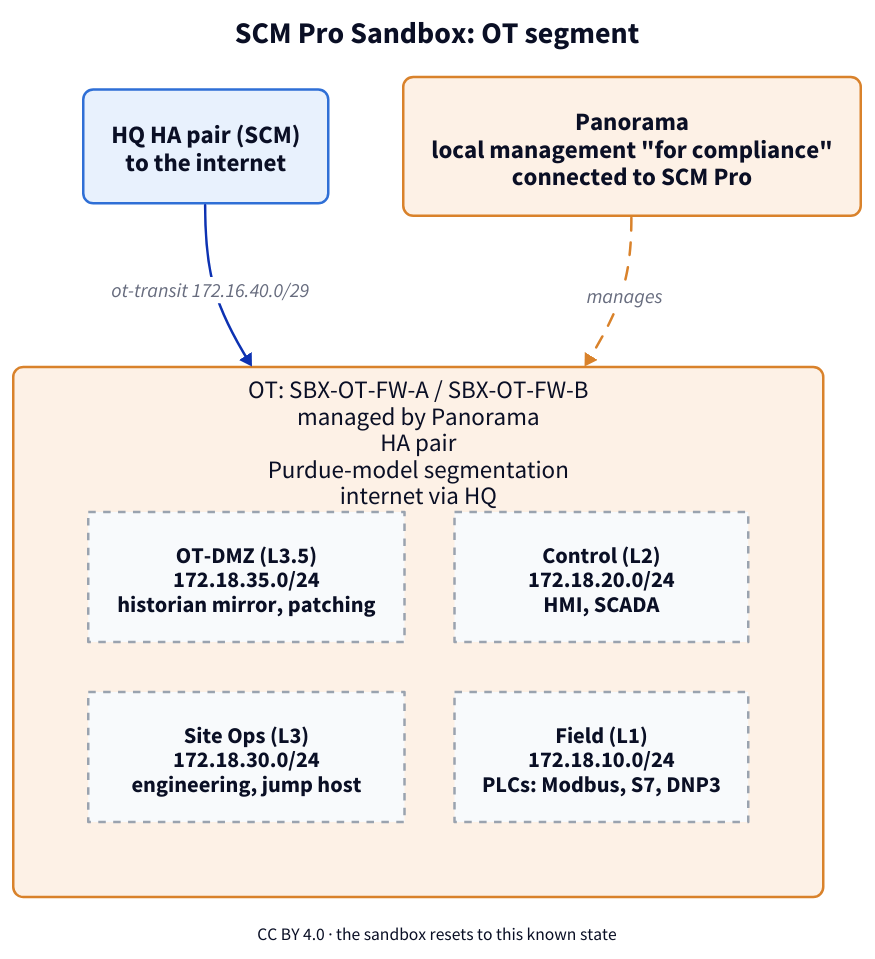
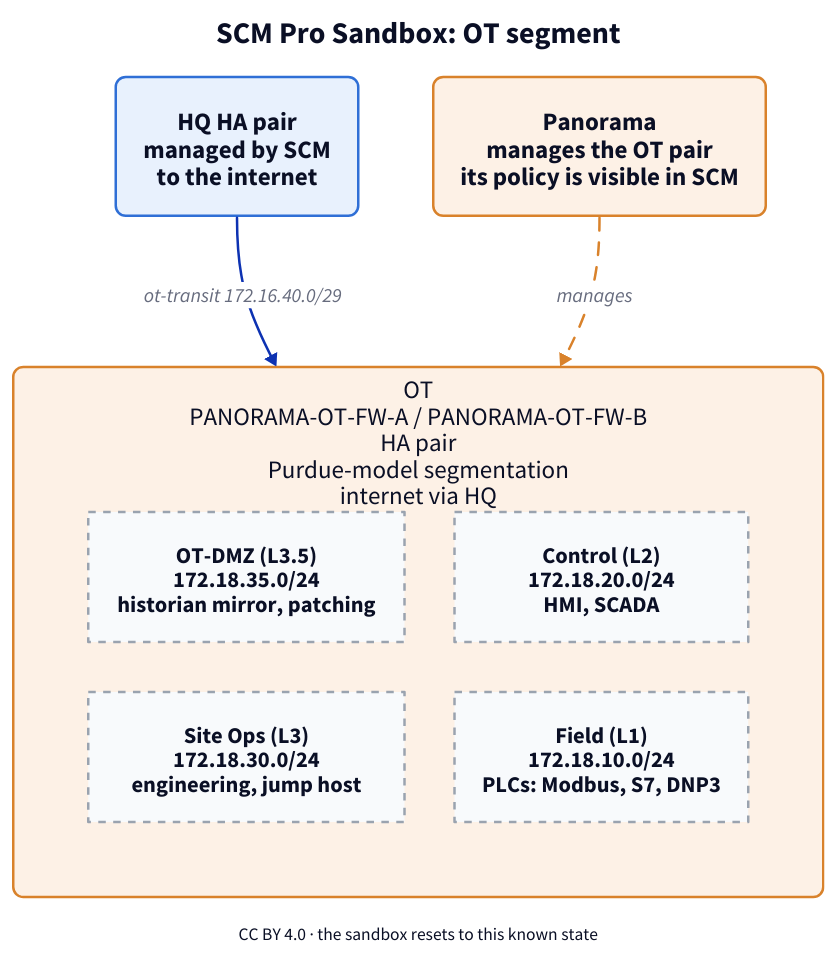
Before and after one commit to gegrsyn/SCMPro-Sandbox: the diagram in drawings/ot.d2, drawn with D2. The commit also changed 9 other files, not shown here.

```diff
--- a/drawings/ot.d2
+++ b/drawings/ot.d2
@@ -1,23 +1,23 @@
 direction: down
 title: "SCM Pro Sandbox: OT segment" {near: top-center; shape: text; style.font-size: 24; style.bold: true}
 
 up: {
-  label: "HQ HA pair (SCM)\nto the internet"
+  label: "HQ HA pair\nmanaged by SCM\nto the internet"
   style: {fill: "#e8f1fd"; stroke: "#2f6fd6"; border-radius: 8; font-size: 20}
 }
 panorama: {
-  label: "Panorama\nlocal management \"for compliance\"\nconnected to SCM Pro"
+  label: "Panorama\nmanages the OT pair\nits policy is visible in SCM"
   style: {fill: "#fdf1e6"; stroke: "#d9822b"; border-radius: 8; font-size: 20}
 }
 ot: {
-  label: "OT: SBX-OT-FW-A / SBX-OT-FW-B\nmanaged by Panorama\nHA pair\nPurdue-model segmentation\ninternet via HQ"
+  label: "OT\nPANORAMA-OT-FW-A / PANORAMA-OT-FW-B\nHA pair\nPurdue-model segmentation\ninternet via HQ"
   style: {fill: "#fdf1e6"; stroke: "#d9822b"; border-radius: 8; font-size: 20}
   grid-columns: 2
   z0: "OT-DMZ (L3.5)\n172.18.35.0/24\nhistorian mirror, patching" {style: {fill: "#f8fafc"; stroke: "#9aa3af"; stroke-dash: 3; font-size: 18}}
   z1: "Site Ops (L3)\n172.18.30.0/24\nengineering, jump host" {style: {fill: "#f8fafc"; stroke: "#9aa3af"; stroke-dash: 3; font-size: 18}}
   z2: "Control (L2)\n172.18.20.0/24\nHMI, SCADA" {style: {fill: "#f8fafc"; stroke: "#9aa3af"; stroke-dash: 3; font-size: 18}}
   z3: "Field (L1)\n172.18.10.0/24\nPLCs: Modbus, S7, DNP3" {style: {fill: "#f8fafc"; stroke: "#9aa3af"; stroke-dash: 3; font-size: 18}}
 }
 up -> ot: "ot-transit 172.16.40.0/29" {style: {font-size: 16}}
 panorama -> ot: manages {style: {stroke: "#d9822b"; stroke-dash: 5; font-size: 16}}
 foot: "CC BY 4.0 · the sandbox resets to this known state" {shape: text; near: bottom-center; style.font-size: 14}
```
